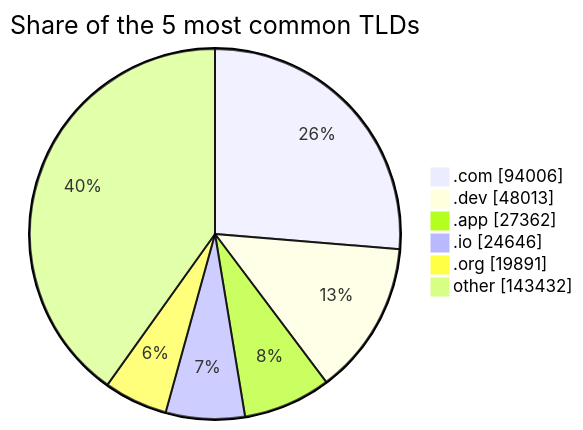
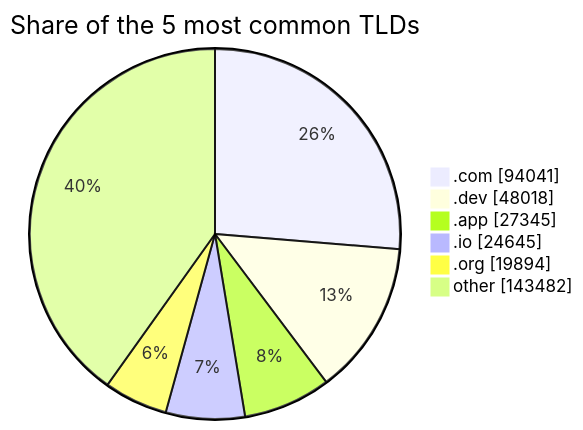
Before and after one commit to DNSBunker/CTI: the third of 3 diagrams in README.md, drawn with Mermaid. The commit also changed other lines of this file and 3 other files, not shown here.

````diff
--- a/README.md
+++ b/README.md
@@ -81,9 +81,9 @@
 ```mermaid
 pie showData title Share of the 5 most common TLDs
-    ".com" : 94006
-    ".dev" : 48013
-    ".app" : 27362
-    ".io" : 24646
-    ".org" : 19891
-    "other" : 143432
+    ".com" : 94041
+    ".dev" : 48018
+    ".app" : 27345
+    ".io" : 24645
+    ".org" : 19894
+    "other" : 143482
 ```
````
